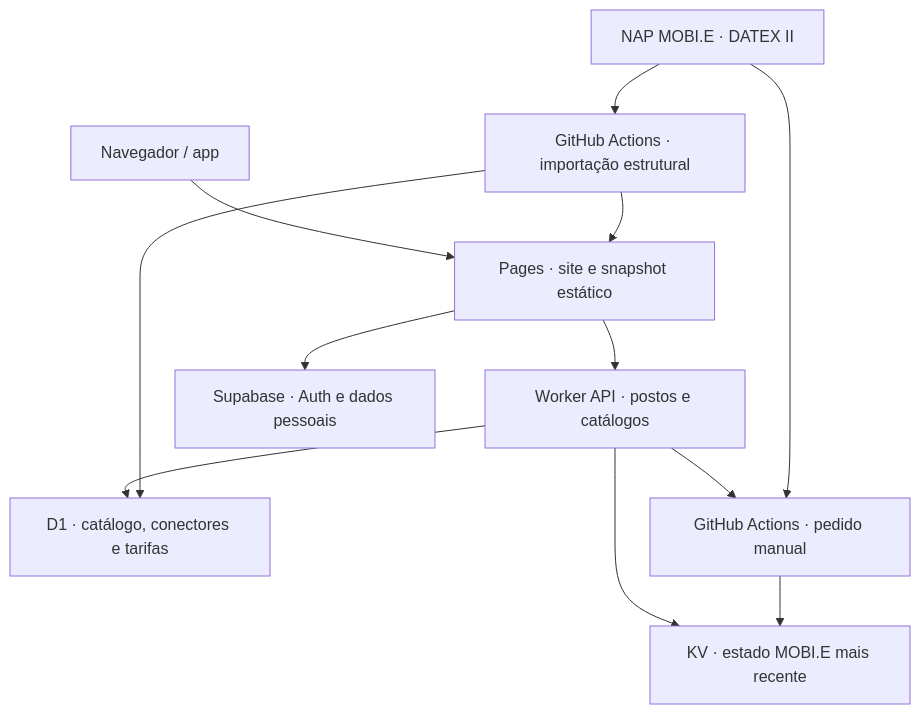
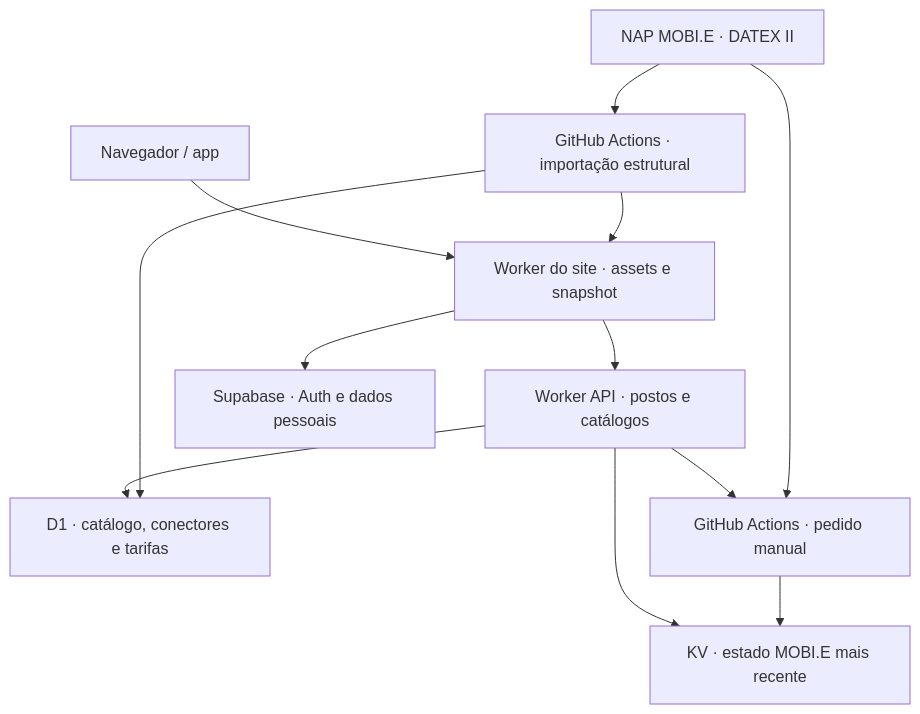
Before and after one commit to ferreira-diogo/ev-chargers-portugal: the diagram in ev-charge-portugal-github-ready/docs/architecture-and-connections.md, drawn with Mermaid. The commit also changed 1 other file, not shown here.

Commit message:
Clarify current site hosting in architecture diagram

````diff
--- a/ev-charge-portugal-github-ready/docs/architecture-and-connections.md
+++ b/ev-charge-portugal-github-ready/docs/architecture-and-connections.md
@@ -5,14 +5,14 @@
 ```mermaid
 flowchart TD
-    U["Navegador / app"] --> P["Pages · site e snapshot estático"]
+    U["Navegador / app"] --> P["Worker do site · assets e snapshot"]
     P --> A["Worker API · postos e catálogos"]
     P --> S["Supabase · Auth e dados pessoais"]
     A --> D["D1 · catálogo, conectores e tarifas"]
     A --> K["KV · estado MOBI.E mais recente"]
     A --> G["GitHub Actions · pedido manual"]
     M["NAP MOBI.E · DATEX II"] --> G
     G --> K
     M --> I["GitHub Actions · importação estrutural"]
     I --> D
     I --> P
 ```
````
